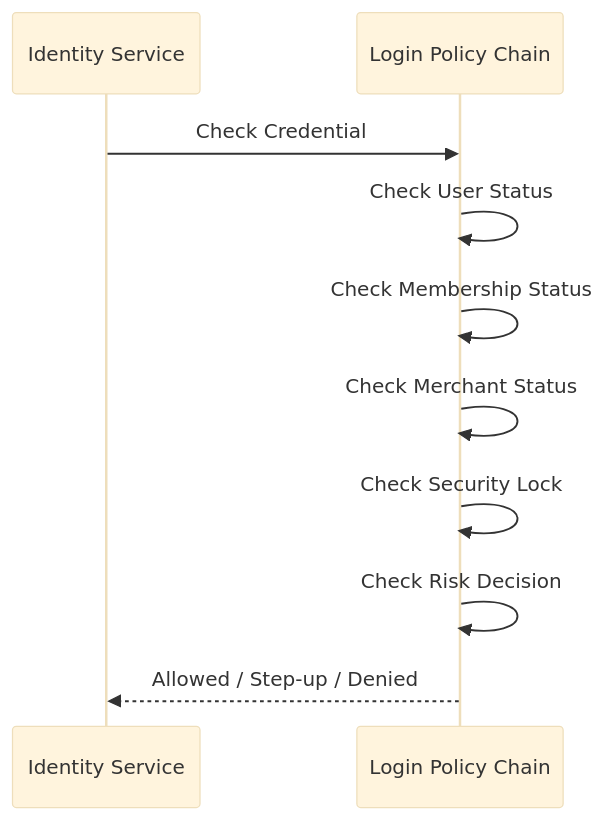
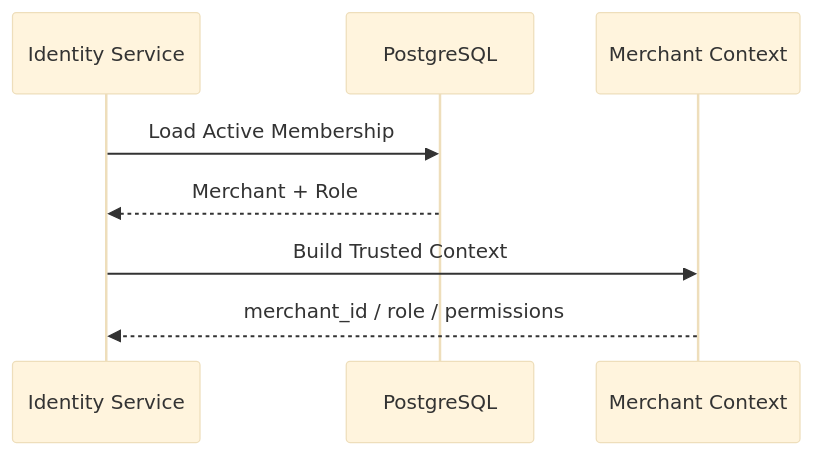
One commit to sxyq/mastergoods changed the second of 6 diagrams in docs/system-design/01-账户与身份/02-登录与会话.md. Above: the diagram before and after it, drawn with Mermaid (base theme). The commit also changed other lines of this file and 4 other files, not shown here.

````diff
--- a/docs/system-design/01-账户与身份/02-登录与会话.md
+++ b/docs/system-design/01-账户与身份/02-登录与会话.md
@@ -44,13 +74,11 @@
 ```mermaid
 sequenceDiagram
     participant IAM as Identity Service
-    participant POLICY as Login Policy Chain
+    participant DB as PostgreSQL
+    participant CTX as Merchant Context
 
-    IAM->>POLICY: Check Credential
-    POLICY->>POLICY: Check User Status
-    POLICY->>POLICY: Check Membership Status
-    POLICY->>POLICY: Check Merchant Status
-    POLICY->>POLICY: Check Security Lock
-    POLICY->>POLICY: Check Risk Decision
-    POLICY-->>IAM: Allowed / Step-up / Denied
+    IAM->>DB: Load Active Membership
+    DB-->>IAM: Merchant + Role
+    IAM->>CTX: Build Trusted Context
+    CTX-->>IAM: merchant_id / role / permissions
 ```
````
